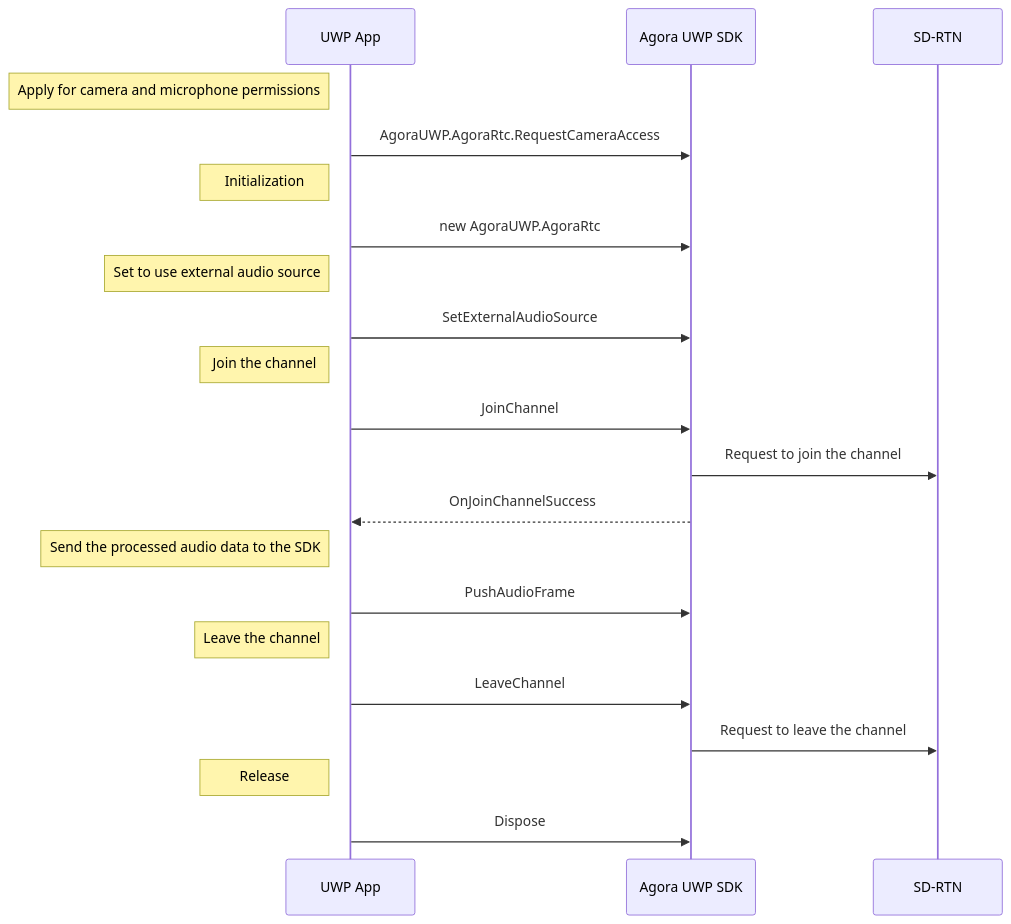
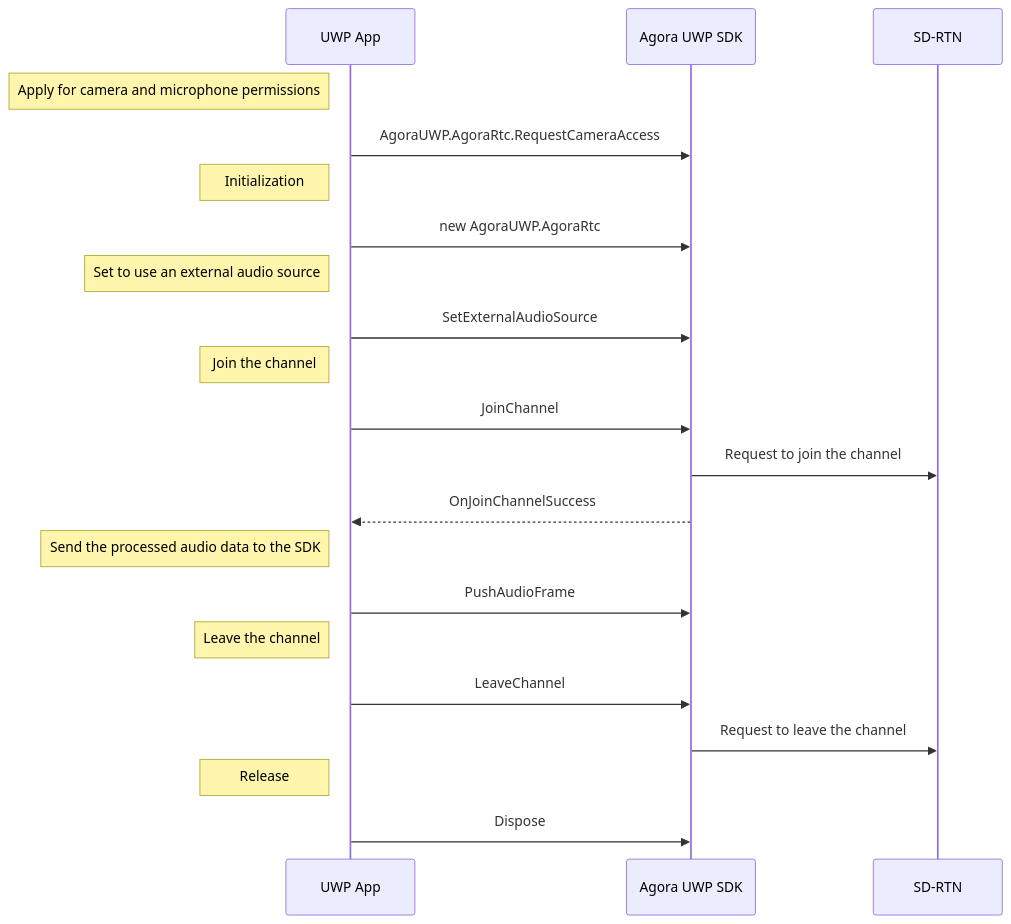
The second of 3 diagrams in README_en.md (AgoraIO-Community/AgoraWinRT), drawn with Mermaid before and after one commit. The commit also changed other lines of this file, not shown here.

````diff
--- a/README_en.md
+++ b/README_en.md
@@ -262,23 +262,23 @@
 ```mermaid
 sequenceDiagram
 participant UWP as UWP App
 participant SDK as Agora UWP SDK
 participant Agora as SD-RTN
 Note left of UWP: Apply for camera and microphone permissions
 UWP->>SDK: AgoraUWP.AgoraRtc.RequestCameraAccess
 Note left of UWP: Initialization
 UWP->>SDK: new AgoraUWP.AgoraRtc
-Note left of UWP: Set to use external audio source
+Note left of UWP: Set to use an external audio source
 UWP->>SDK: SetExternalAudioSource
 Note left of UWP: Join the channel
 UWP->>SDK: JoinChannel
 SDK->>Agora: Request to join the channel
 SDK-->>UWP: OnJoinChannelSuccess
 Note left of UWP: Send the processed audio data to the SDK
 UWP->>SDK: PushAudioFrame
 Note left of UWP: Leave the channel
 UWP->>SDK: LeaveChannel
 SDK->>Agora: Request to leave the channel
 Note left of UWP: Release
 UWP->>SDK: Dispose
 ```
````
